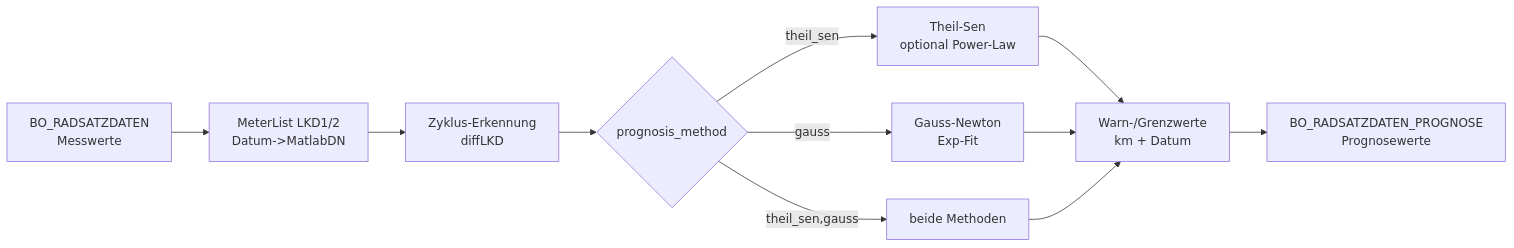
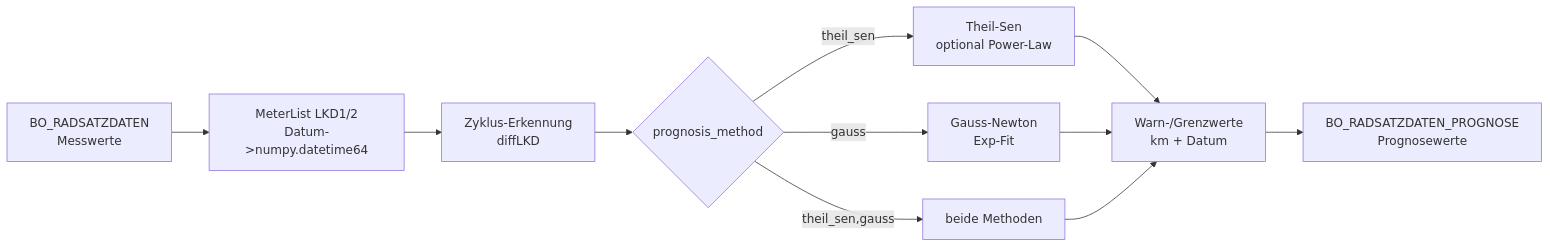
One commit to pe-zedas/Wheelset-Analyzer changed the diagram in Wheelset Analyzer_new_approach/doc/Technische_Doku.md. Above: the diagram before and after it, drawn with Mermaid. The commit also changed other lines of this file and 20 other files, not shown here.

````diff
--- a/Wheelset Analyzer_new_approach/doc/Technische_Doku.md
+++ b/Wheelset Analyzer_new_approach/doc/Technische_Doku.md
@@ -103,13 +106,13 @@
 ```mermaid
 flowchart LR
-  A[BO_RADSATZDATEN<br/>Messwerte] --> B[MeterList LKD1/2<br/>Datum->MatlabDN]
+  A[BO_RADSATZDATEN<br/>Messwerte] --> B[MeterList LKD1/2<br/>Datum->numpy.datetime64]
   B --> C[Zyklus-Erkennung<br/>diffLKD]
   C --> D{prognosis_method}
   D -->|theil_sen| E[Theil-Sen<br/>optional Power-Law]
   D -->|gauss| G[Gauss-Newton<br/>Exp-Fit]
   D -->|theil_sen,gauss| H[beide Methoden]
   E --> I[Warn-/Grenzwerte<br/>km + Datum]
   G --> I
   H --> I
   I --> F[BO_RADSATZDATEN_PROGNOSE<br/>Prognosewerte]
 ```
````
